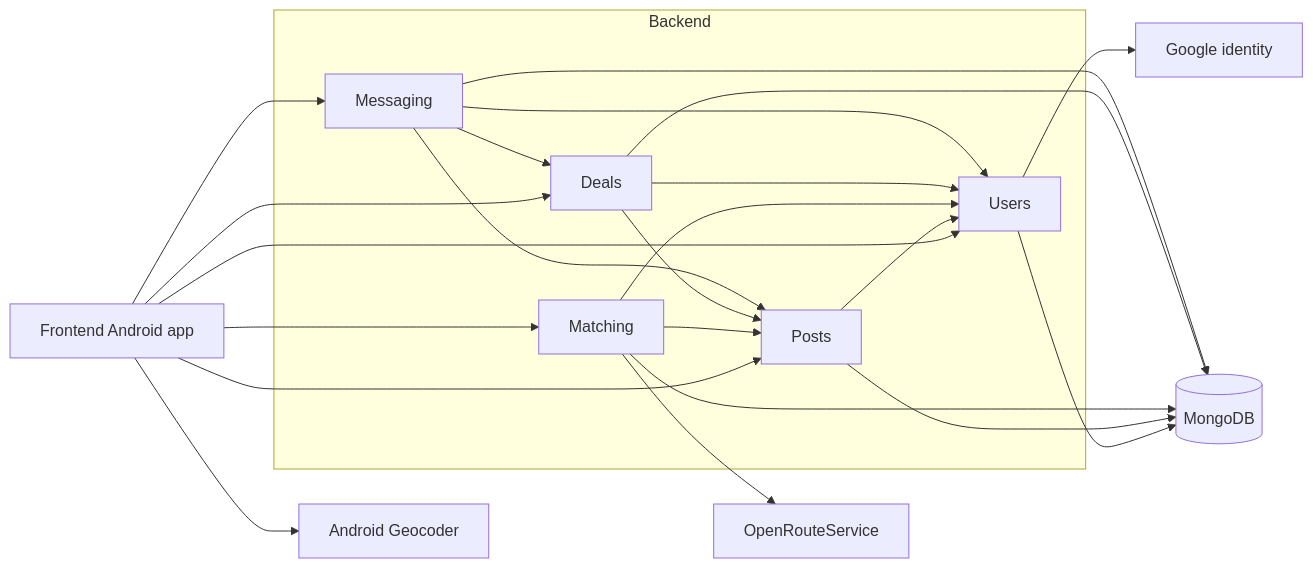
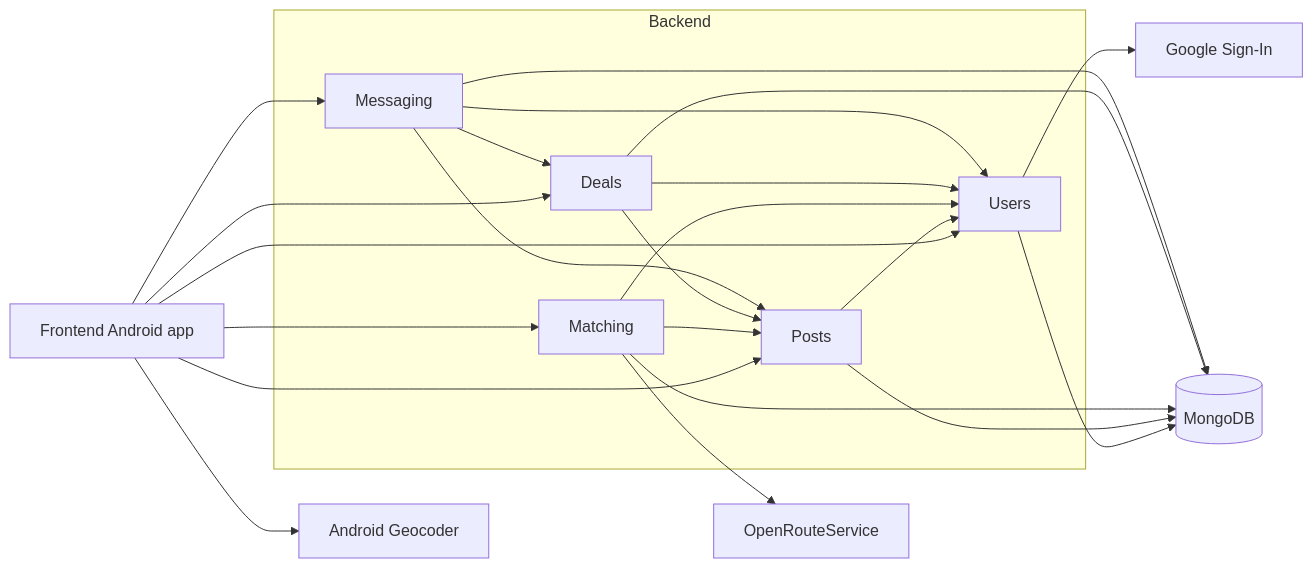
One commit to m1lun/MatchMarket changed the first of 6 diagrams in documentation/Requirements_and_Design.md. Above: the diagram before and after it, drawn with Mermaid. The commit also changed other lines of this file and 12 other files, not shown here.

````diff
--- a/documentation/Requirements_and_Design.md
+++ b/documentation/Requirements_and_Design.md
@@ -533,37 +535,37 @@
 ```mermaid
 flowchart LR
     FE[Frontend Android app]
     subgraph BE["Backend"]
         UA[Users]
         P[Posts]
         M[Matching]
         MS[Messaging]
         D[Deals]
     end
     DB[(MongoDB)]
-    G[Google identity]
+    G[Google Sign-In]
     GEO[Android Geocoder]
     ORS[OpenRouteService]
 
     FE --> UA
     FE --> P
     FE --> M
     FE --> GEO
     FE --> D
     FE --> MS
     UA --> G
     UA --> DB
     P --> UA
     P --> DB
     M --> UA
     M --> DB
     D --> UA
     D --> DB
     M --> ORS
     MS --> UA
     MS --> DB
     MS --> D
     M --> P
     D --> P
     MS --> P
 ```
````
